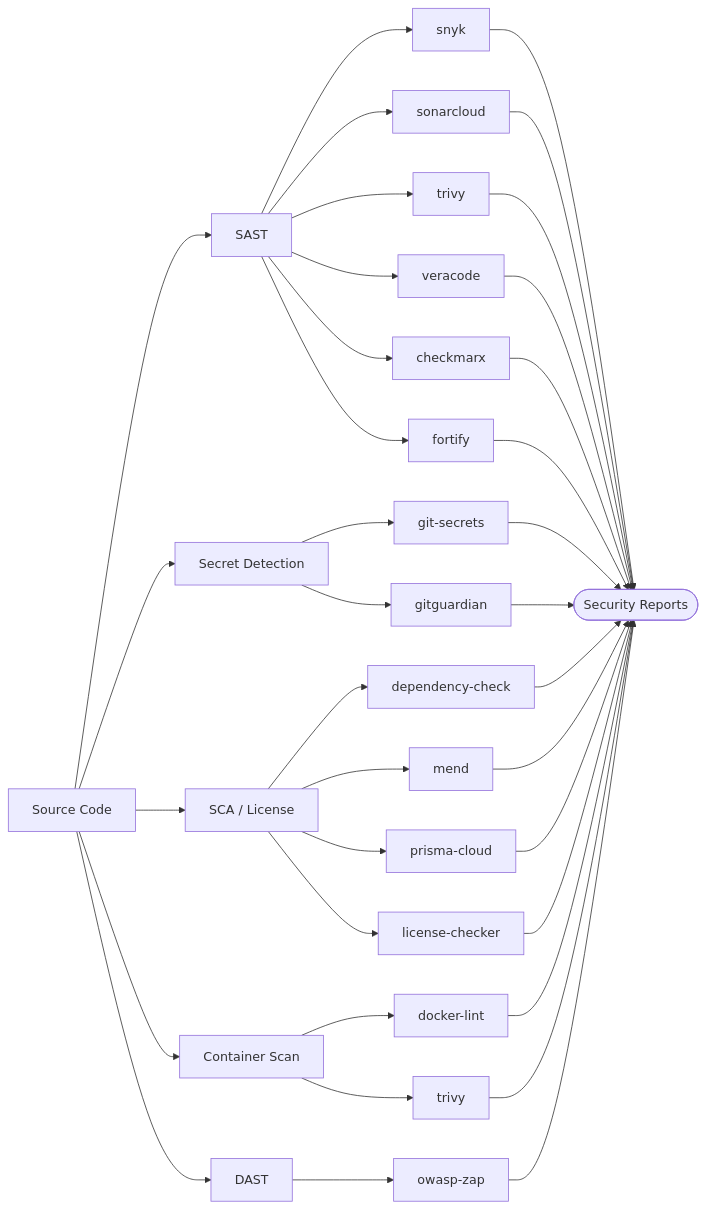
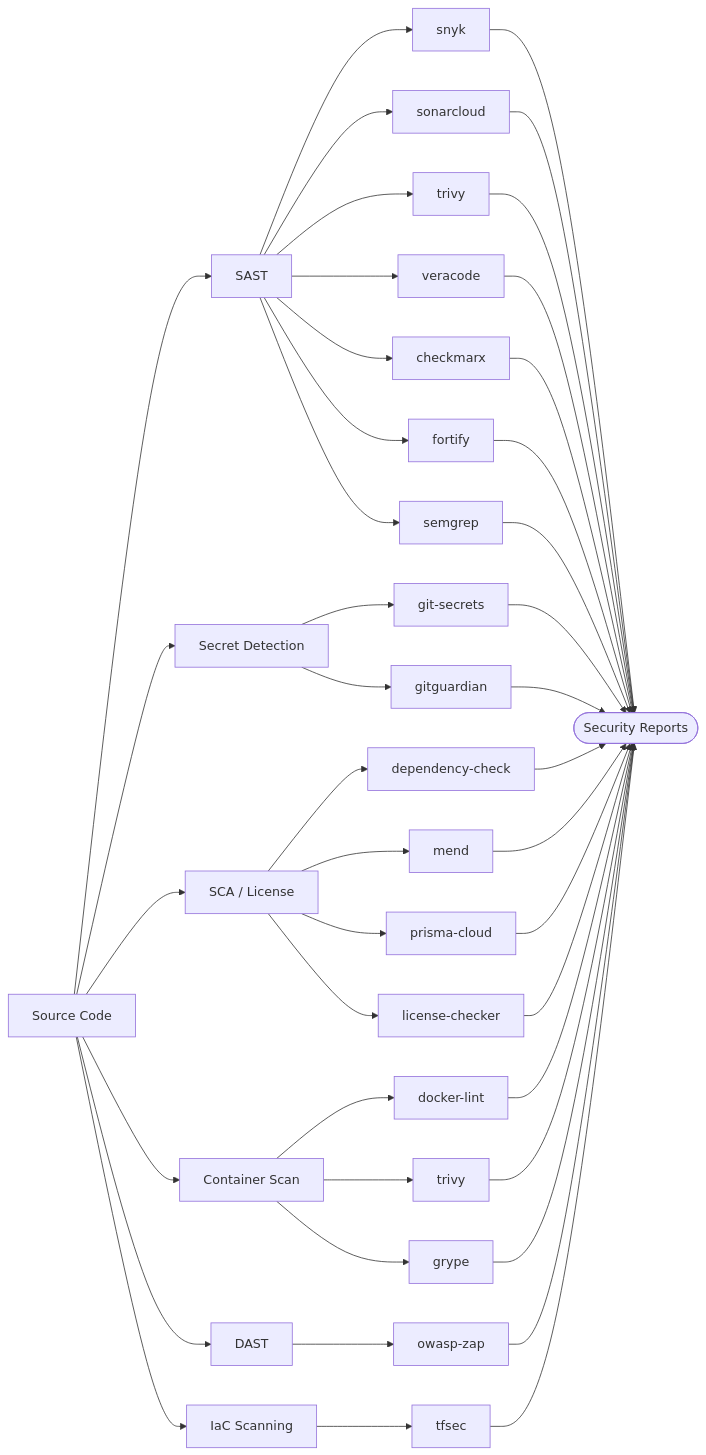
Before and after one commit to mwashburn160/pipeline-builder: the diagram in docs/plugins/security.md, drawn with Mermaid. The commit also changed other lines of this file and 235 other files, not shown here.

````diff
--- a/docs/plugins/security.md
+++ b/docs/plugins/security.md
@@ -5,27 +5,33 @@
 ```mermaid
 flowchart LR
     Code[Source Code] --> SAST[SAST]
     Code --> Secrets[Secret Detection]
     Code --> SCA[SCA / License]
     Code --> Container[Container Scan]
     Code --> DAST[DAST]
 
+    Code --> IaC[IaC Scanning]
+
     SAST --> snyk & sonarcloud & trivy
     SAST --> veracode & checkmarx & fortify
+    SAST --> semgrep
 
     Secrets --> git-secrets & gitguardian
 
     SCA --> dependency-check & mend & prisma-cloud
     SCA --> license-checker
 
     Container --> docker-lint
     Container --> trivy2[trivy]
+    Container --> grype
+
+    IaC --> tfsec
 
     DAST --> owasp-zap
 
-    snyk & sonarcloud & trivy & veracode & checkmarx & fortify --> Reports([Security Reports])
+    snyk & sonarcloud & trivy & veracode & checkmarx & fortify & semgrep --> Reports([Security Reports])
     git-secrets & gitguardian --> Reports
     dependency-check & mend & prisma-cloud & license-checker --> Reports
-    docker-lint & trivy2 --> Reports
-    owasp-zap --> Reports
+    docker-lint & trivy2 & grype --> Reports
+    owasp-zap & tfsec --> Reports
 ```
````
